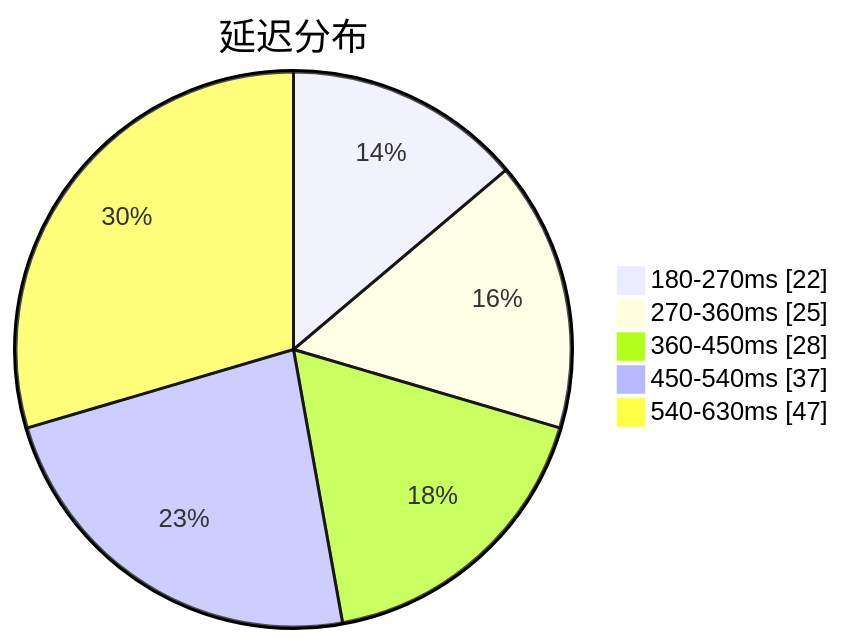
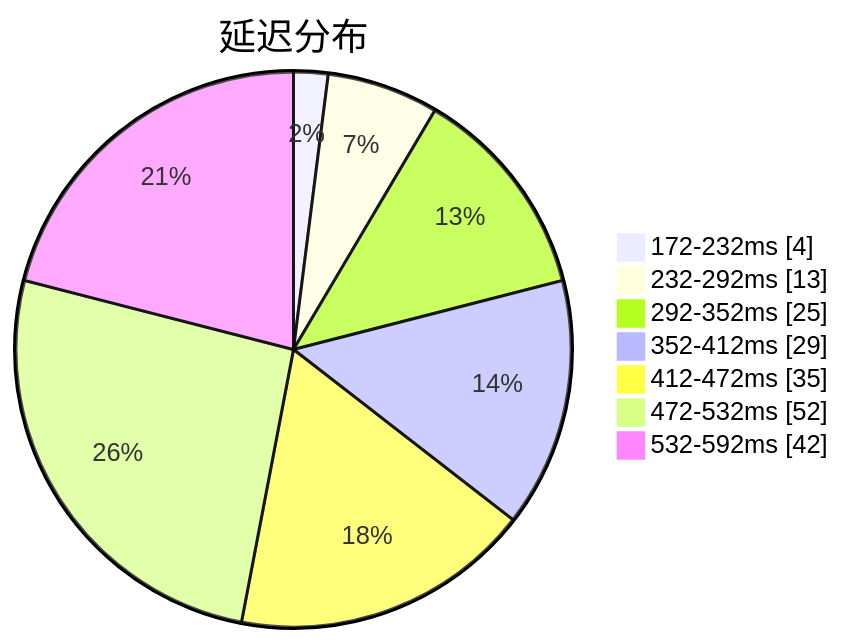
One commit to qjlxg/airport changed the first of 3 diagrams in subs/statistics/tested_within.md. Above: the diagram before and after it, drawn with Mermaid. The commit also changed other lines of this file and 2 other files, not shown here.

````diff
--- a/subs/statistics/tested_within.md
+++ b/subs/statistics/tested_within.md
@@ -2,9 +2,11 @@
 ```mermaid
 pie showData
 title 延迟分布
-"180-270ms" : 22
-"270-360ms" : 25
-"360-450ms" : 28
-"450-540ms" : 37
-"540-630ms" : 47
+"172-232ms" : 4
+"232-292ms" : 13
+"292-352ms" : 25
+"352-412ms" : 29
+"412-472ms" : 35
+"472-532ms" : 52
+"532-592ms" : 42
 ```
````
